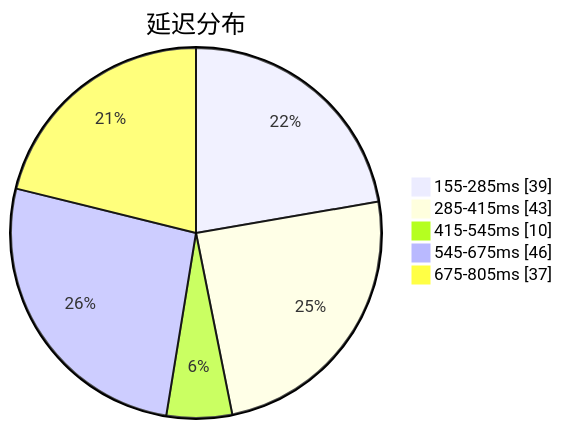
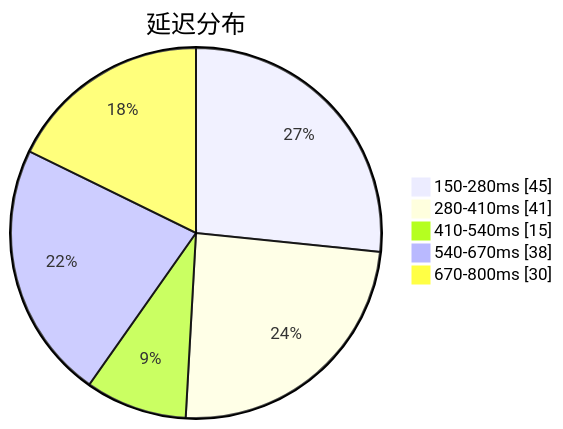
The first of 3 diagrams in subs/statistics/tested_within.md (qjlxg/airport), drawn with Mermaid before and after one commit. The commit also changed other lines of this file and 2 other files, not shown here.

````diff
--- a/subs/statistics/tested_within.md
+++ b/subs/statistics/tested_within.md
@@ -2,9 +2,9 @@
 ```mermaid
 pie showData
 title 延迟分布
-"155-285ms" : 39
-"285-415ms" : 43
-"415-545ms" : 10
-"545-675ms" : 46
-"675-805ms" : 37
+"150-280ms" : 45
+"280-410ms" : 41
+"410-540ms" : 15
+"540-670ms" : 38
+"670-800ms" : 30
 ```
````
